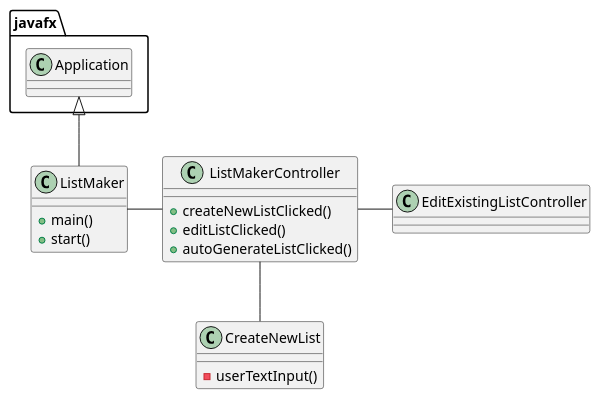
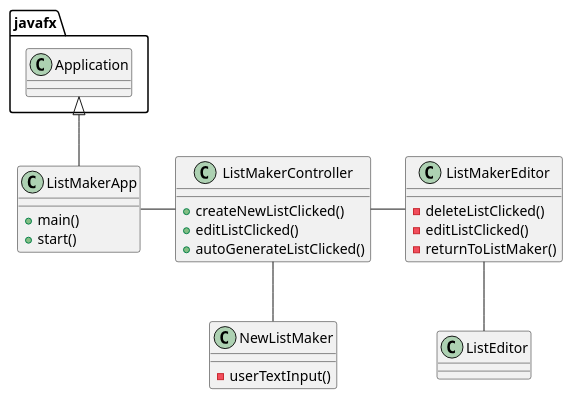
The diagram in uml/ListMaker.puml (Ivedent-Lloyd-III/lloyd-cop3330-assignment4), drawn with PlantUML before and after one commit. The commit also changed 1 other file, not shown here.

```diff
--- a/uml/ListMaker.puml
+++ b/uml/ListMaker.puml
@@ -1,30 +1,36 @@
 @startuml
 'https://plantuml.com/class-diagram
 
-class ListMaker {
+class ListMakerApp {
     +main()
     +start()
 }
 
 class ListMakerController {
     +createNewListClicked()
     +editListClicked()
     +autoGenerateListClicked()
 }
 
-class CreateNewList {
+class NewListMaker {
     -userTextInput()
 
 }
 
-class EditExistingListController {
+class ListMakerEditor {
+    -deleteListClicked()
+    -editListClicked()
+    -returnToListMaker()
 
+}
+class ListEditor{
 }
 
 
-ListMakerController - EditExistingListController
-ListMakerController -- CreateNewList
-ListMaker - ListMakerController
-javafx.Application <|-- ListMaker
+ListMakerController - ListMakerEditor
+ListMakerController -- NewListMaker
+ListMakerApp - ListMakerController
+javafx.Application <|-- ListMakerApp
+ListMakerEditor -- ListEditor
 
 @enduml
```
